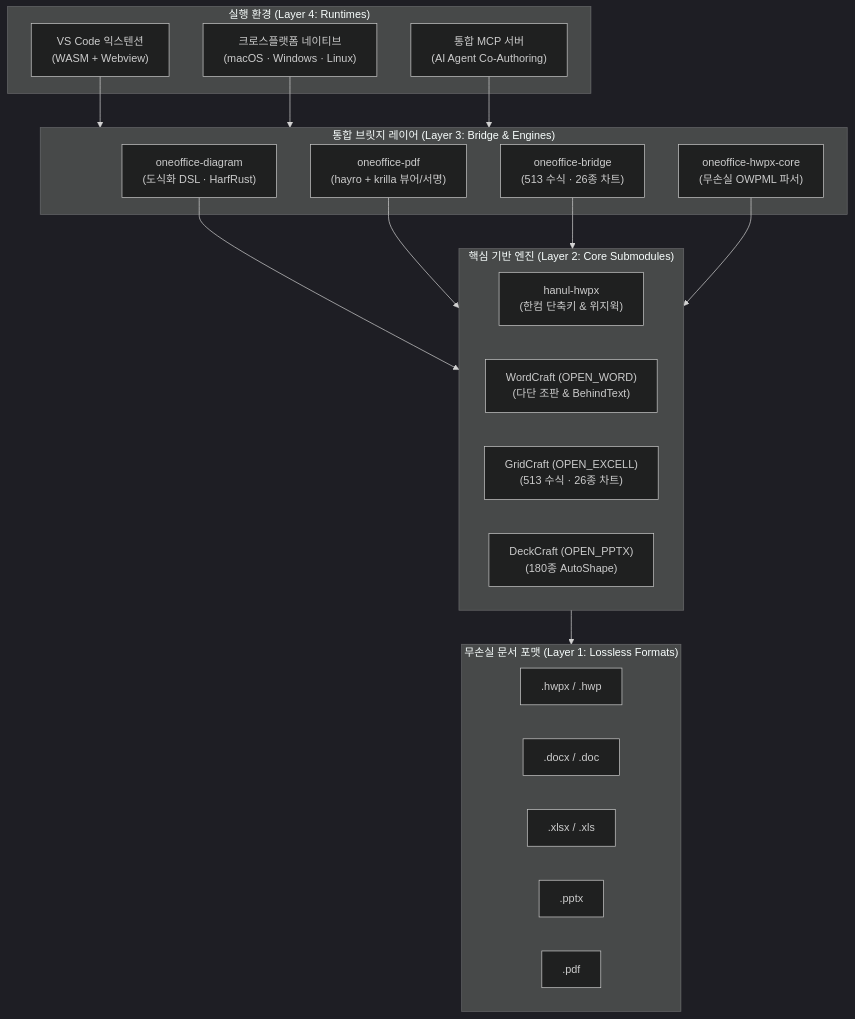
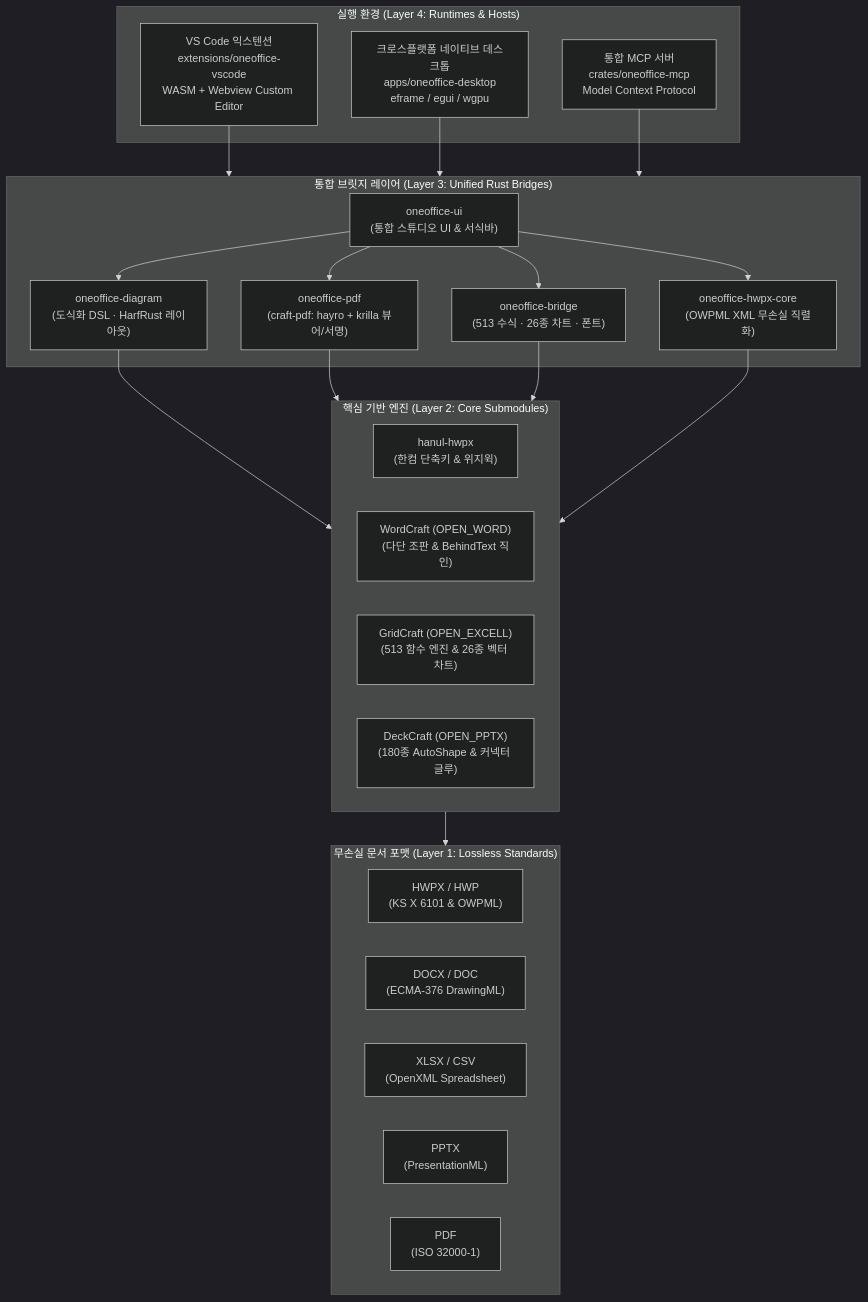
Before and after one commit to iamywl/ONEOFFICE: the diagram in README.md, drawn with Mermaid (dark theme). The commit also changed other lines of this file and 12 other files, not shown here.

Commit message:
feat(ui,docs): [TASK-TEXT-FORMAT-AND-OFFICIAL-DOCS] implement rich in-place typography HUD and official multi-layer README

````diff
--- a/README.md
+++ b/README.md
@@ -109,41 +109,47 @@
 ```mermaid
 flowchart TD
-    subgraph L4["실행 환경 (Layer 4: Runtimes)"]
-        VSC["VS Code 익스텐션\n(WASM + Webview)"]
-        APP["크로스플랫폼 네이티브\n(macOS · Windows · Linux)"]
-        MCP["통합 MCP 서버\n(AI Agent Co-Authoring)"]
+    subgraph L4["실행 환경 (Layer 4: Runtimes & Hosts)"]
+        VSC["VS Code 익스텐션\nextensions/oneoffice-vscode\nWASM + Webview Custom Editor"]
+        APP["크로스플랫폼 네이티브 데스크톱\napps/oneoffice-desktop\neframe / egui / wgpu"]
+        MCP["통합 MCP 서버\ncrates/oneoffice-mcp\nModel Context Protocol"]
     end
 
-    subgraph L3["통합 브릿지 레이어 (Layer 3: Bridge & Engines)"]
-        DIAG["oneoffice-diagram\n(도식화 DSL · HarfRust)"]
-        PDF_ENG["oneoffice-pdf\n(hayro + krilla 뷰어/서명)"]
-        BRDG["oneoffice-bridge\n(513 수식 · 26종 차트)"]
-        HWP_CORE["oneoffice-hwpx-core\n(무손실 OWPML 파서)"]
+    subgraph L3["통합 브릿지 레이어 (Layer 3: Unified Rust Bridges)"]
+        UI_LIB["oneoffice-ui\n(통합 스튜디오 UI & 서식바)"]
+        DIAG["oneoffice-diagram\n(도식화 DSL · HarfRust 레이아웃)"]
+        PDF_ENG["oneoffice-pdf\n(craft-pdf: hayro + krilla 뷰어/서명)"]
+        BRDG["oneoffice-bridge\n(513 수식 · 26종 차트 · 폰트)"]
+        HWP_CORE["oneoffice-hwpx-core\n(OWPML XML 무손실 직렬화)"]
     end
 
     subgraph L2["핵심 기반 엔진 (Layer 2: Core Submodules)"]
         H_HWP["hanul-hwpx\n(한컴 단축키 & 위지윅)"]
-        O_WORD["WordCraft (OPEN_WORD)\n(다단 조판 & BehindText)"]
-        O_EXCEL["GridCraft (OPEN_EXCELL)\n(513 수식 · 26종 차트)"]
-        O_PPT["DeckCraft (OPEN_PPTX)\n(180종 AutoShape)"]
+        O_WORD["WordCraft (OPEN_WORD)\n(다단 조판 & BehindText 직인)"]
+        O_EXCEL["GridCraft (OPEN_EXCELL)\n(513 함수 엔진 & 26종 벡터 차트)"]
+        O_PPT["DeckCraft (OPEN_PPTX)\n(180종 AutoShape & 커넥터 글루)"]
     end
 
-    subgraph L1["무손실 문서 포맷 (Layer 1: Lossless Formats)"]
-        F_HWPX[".hwpx / .hwp"]
-        F_DOCX[".docx / .doc"]
-        F_XLSX[".xlsx / .xls"]
-        F_PPTX[".pptx"]
-        F_PDF[".pdf"]
+    subgraph L1["무손실 문서 포맷 (Layer 1: Lossless Standards)"]
+        F_HWPX["HWPX / HWP\n(KS X 6101 & OWPML)"]
+        F_DOCX["DOCX / DOC\n(ECMA-376 DrawingML)"]
+        F_XLSX["XLSX / CSV\n(OpenXML Spreadsheet)"]
+        F_PPTX["PPTX\n(PresentationML)"]
+        F_PDF["PDF\n(ISO 32000-1)"]
     end
 
     VSC --> L3
     APP --> L3
     MCP --> L3
+
+    UI_LIB --> BRDG
+    UI_LIB --> DIAG
+    UI_LIB --> PDF_ENG
+    UI_LIB --> HWP_CORE
 
     DIAG --> L2
     PDF_ENG --> L2
     BRDG --> L2
     HWP_CORE --> L2
 
     L2 --> L1
 ```
````
